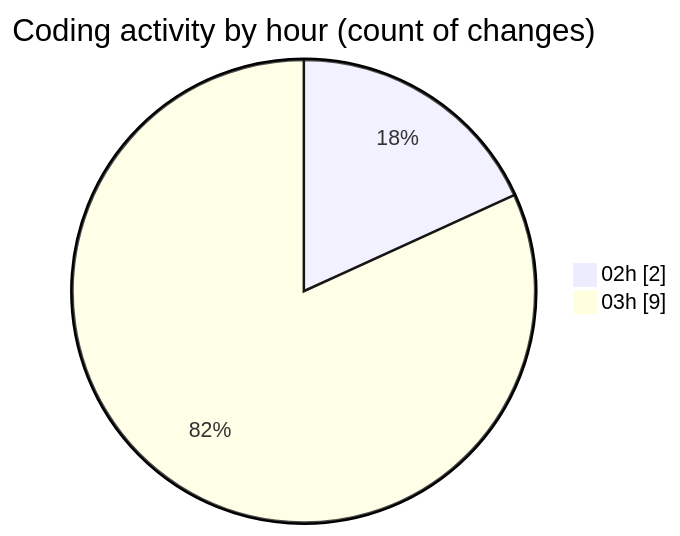
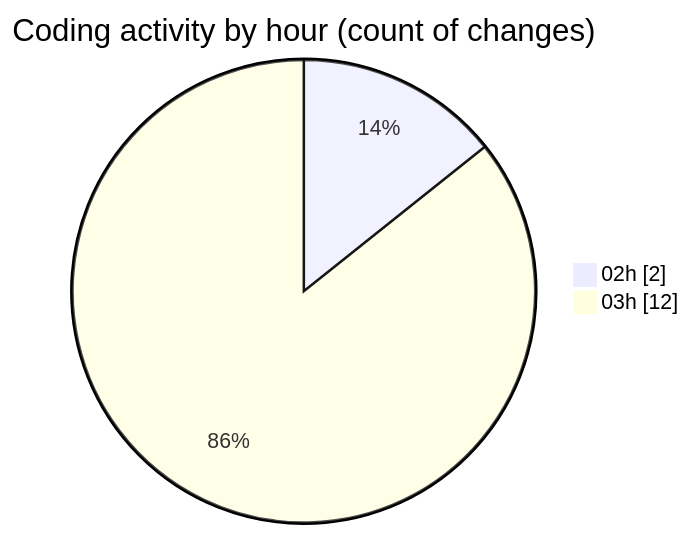
One commit to julien-gomy/code-tracking changed the second of 2 diagrams in 2025-11-28/eventscop-frontend-guide__workspace_/README.md. Above: the diagram before and after it, drawn with Mermaid. The commit also changed other lines of this file and 1 other file, not shown here.

````diff
--- a/2025-11-28/eventscop-frontend-guide__workspace_/README.md
+++ b/2025-11-28/eventscop-frontend-guide__workspace_/README.md
@@ -31,6 +31,6 @@
 ```mermaid
 pie showData
 title Coding activity by hour (count of changes)
 "02h" : 2
-"03h" : 9
+"03h" : 12
 ```
````
